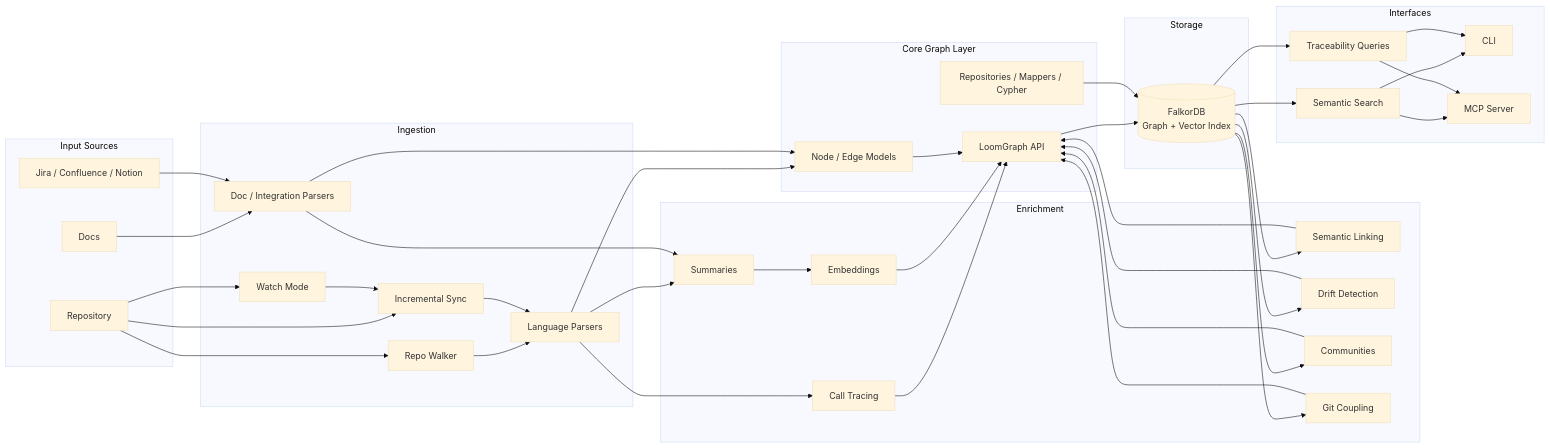
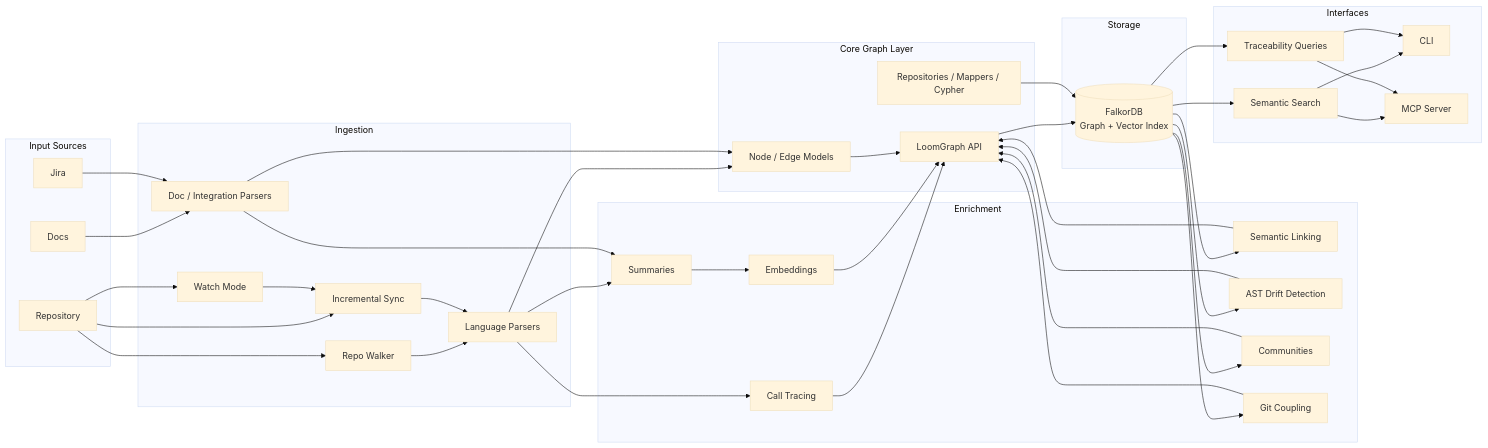
Before and after one commit to ddevilz/loom: the diagram in docs/ARCHITECTURE.md, drawn with Mermaid (base theme). The commit also changed other lines of this file and 43 other files, not shown here.

````diff
--- a/docs/ARCHITECTURE.md
+++ b/docs/ARCHITECTURE.md
@@ -28,82 +28,82 @@
 ```mermaid
 flowchart LR
     subgraph INPUT["Input Sources"]
         REPO["Repository"]
         DOCS["Docs"]
-        EXT["Jira / Confluence / Notion"]
+        EXT["Jira"]
     end
 
     subgraph INGEST["Ingestion"]
         WALK["Repo Walker"]
         PARSE["Language Parsers"]
         DOCPARSE["Doc / Integration Parsers"]
         INCR["Incremental Sync"]
         WATCH["Watch Mode"]
     end
 
     subgraph ENRICH["Enrichment"]
         CALLS["Call Tracing"]
         SUMM["Summaries"]
         EMBED["Embeddings"]
         LINK["Semantic Linking"]
-        DRIFT["Drift Detection"]
+        DRIFT["AST Drift Detection"]
         COMMUNITY["Communities"]
         COUPLING["Git Coupling"]
     end
 
     subgraph CORE["Core Graph Layer"]
         MODELS["Node / Edge Models"]
         GRAPH["LoomGraph API"]
         REPOS["Repositories / Mappers / Cypher"]
     end
 
     subgraph STORAGE["Storage"]
         FALKOR[("FalkorDB\nGraph + Vector Index")]
     end
 
     subgraph OUTPUT["Interfaces"]
         SEARCH["Semantic Search"]
         TRACE["Traceability Queries"]
         CLI["CLI"]
         MCP["MCP Server"]
     end
 
     REPO --> WALK
     REPO --> INCR
     REPO --> WATCH
     DOCS --> DOCPARSE
     EXT --> DOCPARSE
 
     WALK --> PARSE
     INCR --> PARSE
     WATCH --> INCR
 
     PARSE --> MODELS
     DOCPARSE --> MODELS
     PARSE --> CALLS
     PARSE --> SUMM
     DOCPARSE --> SUMM
 
     SUMM --> EMBED
     MODELS --> GRAPH
     CALLS --> GRAPH
     EMBED --> GRAPH
     GRAPH --> FALKOR
     REPOS --> FALKOR
 
     FALKOR --> LINK
     FALKOR --> DRIFT
     FALKOR --> COMMUNITY
     FALKOR --> COUPLING
     LINK --> GRAPH
     DRIFT --> GRAPH
     COMMUNITY --> GRAPH
     COUPLING --> GRAPH
 
     FALKOR --> SEARCH
     FALKOR --> TRACE
     SEARCH --> CLI
     TRACE --> CLI
     SEARCH --> MCP
     TRACE --> MCP
 ```
````
